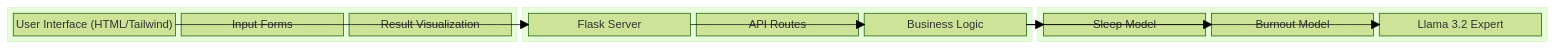
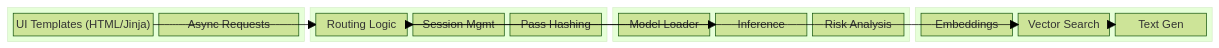
One commit to CHRISDANIEL145/Intelligent-Mental-Health-System changed the second of 3 diagrams in PROJECT_REPORT.md. Above: the diagram before and after it, drawn with Mermaid (forest theme). The commit also changed other lines of this file and 1 other file, not shown here.

Commit message:
Docs: Enhanced README and Project Report with Deep Dive Diagrams

````diff
--- a/PROJECT_REPORT.md
+++ b/PROJECT_REPORT.md
@@ -63,27 +83,33 @@
 ```mermaid
 block-beta
-    columns 3
+    columns 4
+    
     block:Frontend
-        UI["User Interface (HTML/Tailwind)"]
-        Forms["Input Forms"]
-        Charts["Result Visualization"]
+        UI["UI Templates (HTML/Jinja)"]
+        AJAX["Async Requests"]
+    end
+
+    block:Core
+        Route["Routing Logic"]
+        Session["Session Mgmt"]
+        Security["Pass Hashing"]
+    end
+
+    block:ML_Service
+        Load["Model Loader"]
+        Infer["Inference"]
+        Explain["Risk Analysis"]
+    end
+
+    block:RAG_Service
+        Embed["Embeddings"]
+        Search["Vector Search"]
+        Gen["Text Gen"]
     end
     
-    block:Backend
-        Server["Flask Server"]
-        Routes["API Routes"]
-        Logic["Business Logic"]
-    end
-    
-    block:Intelligence
-        Sleep["Sleep Model"]
-        Burnout["Burnout Model"]
-        Llama["Llama 3.2 Expert"]
-    end
-    
-    UI --> Server
-    Server --> Logic
-    Logic --> Sleep
-    Logic --> Burnout
-    Logic --> Llama
+    UI --> Route
+    Route --> Session
+    Route --> Infer
+    Route --> Search
+    Search --> Gen
 ```
````
